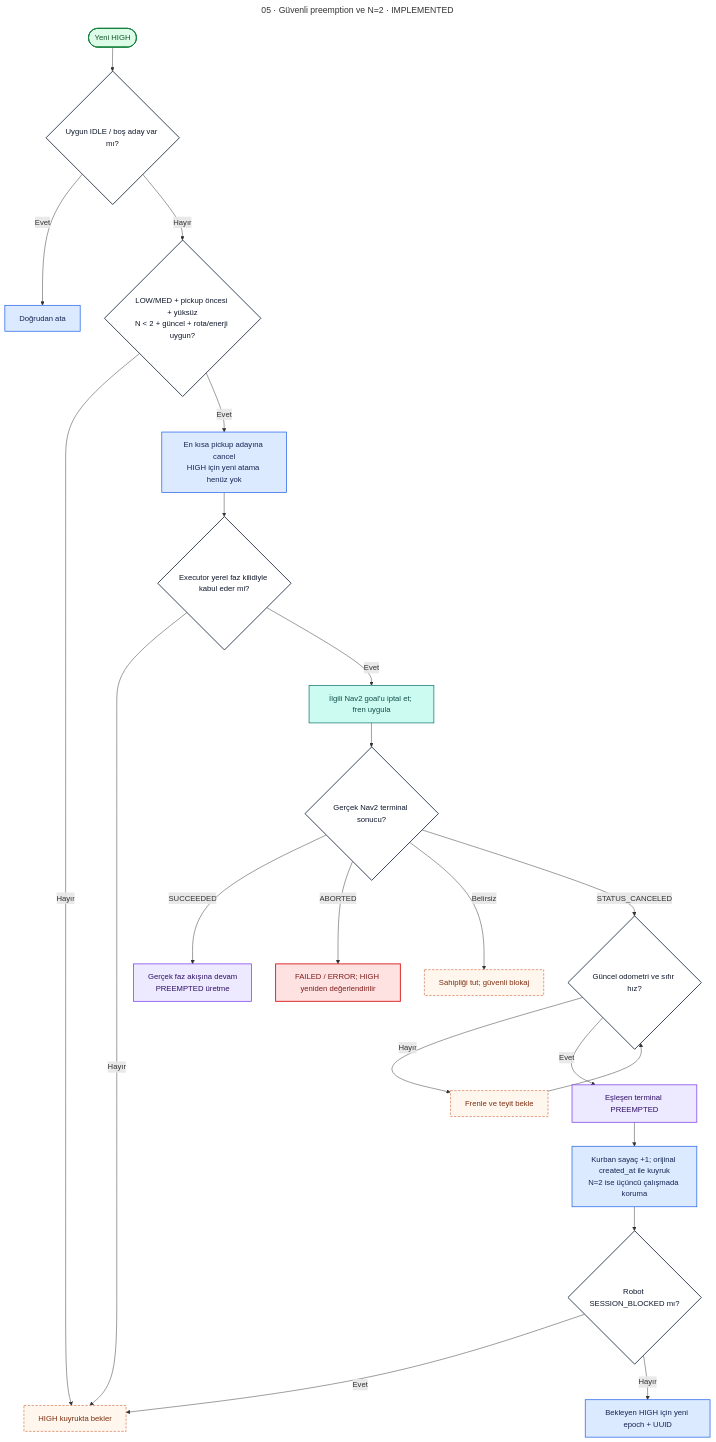
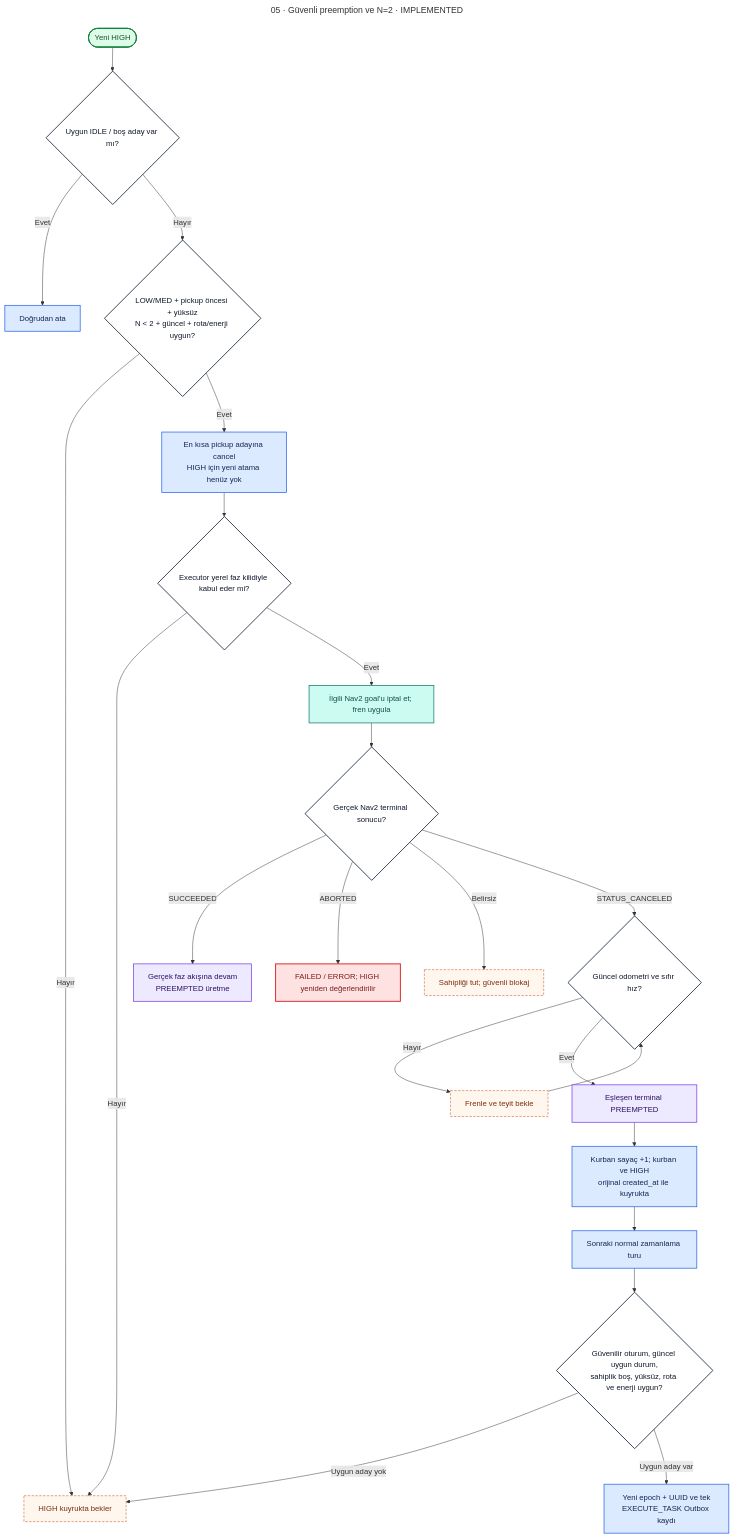
One commit to m-gnr/ros2-fleet-manager changed the diagram in docs/diagrams/src/safe-preemption.mmd. Above: the diagram before and after it, drawn with Mermaid. The commit also changed 11 other files, not shown here.

```diff
--- a/docs/diagrams/src/safe-preemption.mmd
+++ b/docs/diagrams/src/safe-preemption.mmd
@@ -1,35 +1,36 @@
 ---
 title: "05 · Güvenli preemption ve N=2 · IMPLEMENTED"
 ---
 flowchart TD
  H(["Yeni HIGH"]):::terminal --> ID{"Uygun IDLE / boş aday var mı?"}:::decision
  ID -->|"Evet"| DIR["Doğrudan ata"]:::fm
  ID -->|"Hayır"| V{"LOW/MED + pickup öncesi + yüksüz<br/>N < 2 + güncel + rota/enerji uygun?"}:::decision
  V -->|"Hayır"| W["HIGH kuyrukta bekler"]:::wait
  V -->|"Evet"| C["En kısa pickup adayına cancel<br/>HIGH için yeni atama henüz yok"]:::fm
  C --> X{"Executor yerel faz kilidiyle kabul eder mi?"}:::decision
  X -->|"Hayır"| W
  X -->|"Evet"| NAV["İlgili Nav2 goal'u iptal et; fren uygula"]:::nav
  NAV --> T{"Gerçek Nav2 terminal sonucu?"}:::decision
  T -->|"SUCCEEDED"| N["Gerçek faz akışına devam<br/>PREEMPTED üretme"]:::executor
  T -->|"ABORTED"| E["FAILED / ERROR; HIGH yeniden değerlendirilir"]:::error
  T -->|"Belirsiz"| B["Sahipliği tut; güvenli blokaj"]:::wait
  T -->|"STATUS_CANCELED"| O{"Güncel odometri ve sıfır hız?"}:::decision
  O -->|"Hayır"| BRAKE["Frenle ve teyit bekle"]:::wait
  BRAKE --> O
  O -->|"Evet"| R["Eşleşen terminal PREEMPTED"]:::executor
- R --> Q["Kurban sayaç +1; orijinal created_at ile kuyruk<br/>N=2 ise üçüncü çalışmada koruma"]:::fm
- Q --> SES{"Robot SESSION_BLOCKED mı?"}:::decision
- SES -->|"Evet"| W
- SES -->|"Hayır"| NEW["Bekleyen HIGH için yeni epoch + UUID"]:::fm
+ R --> Q["Kurban sayaç +1; kurban ve HIGH<br/>orijinal created_at ile kuyrukta"]:::fm
+ Q --> S["Sonraki normal zamanlama turu"]:::fm
+ S --> EL{"Güvenilir oturum, güncel uygun durum,<br/>sahiplik boş, yüksüz, rota ve enerji uygun?"}:::decision
+ EL -->|"Uygun aday yok"| W
+ EL -->|"Uygun aday var"| NEW["Yeni epoch + UUID ve tek<br/>EXECUTE_TASK Outbox kaydı"]:::fm
 
  classDef fm fill:#dbeafe,stroke:#2563eb,color:#172554,stroke-width:1.5px;
  classDef executor fill:#ede9fe,stroke:#7c3aed,color:#2e1065,stroke-width:1.5px;
  classDef nav fill:#ccfbf1,stroke:#0f766e,color:#134e4a,stroke-width:1.5px;
  classDef battery fill:#fef3c7,stroke:#d97706,color:#78350f,stroke-width:1.5px;
  classDef db fill:#e2e8f0,stroke:#475569,color:#0f172a,stroke-width:1.5px;
  classDef ui fill:#fce7f3,stroke:#be185d,color:#831843,stroke-width:1.5px;
  classDef decision fill:#fff,stroke:#334155,color:#0f172a,stroke-width:2px;
  classDef error fill:#fee2e2,stroke:#dc2626,color:#7f1d1d,stroke-width:2px;
  classDef wait fill:#fff7ed,stroke:#c2410c,color:#7c2d12,stroke-dasharray:5 3;
  classDef terminal fill:#dcfce7,stroke:#15803d,color:#14532d,stroke-width:2px;
```
